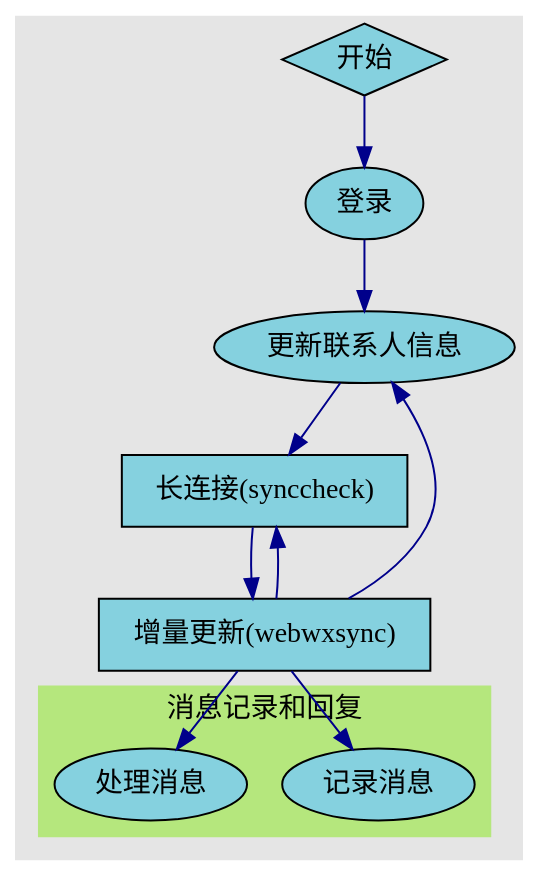
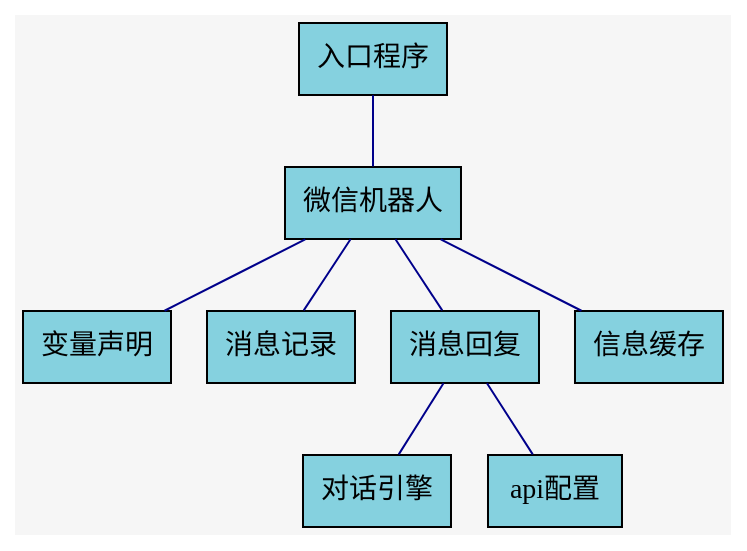
One commit to HalfdogStudio/wechat-user-bot changed the diagram in doc/robot.dot. Above: the diagram before and after it, drawn with Graphviz. The commit also changed 2 other files, not shown here.

Commit message:
add robot doc, better error handling for Error: ETIMEDOUT

```diff
--- a/doc/robot.dot
+++ b/doc/robot.dot
@@ -1,37 +1,28 @@
 # sa@linuxer.me
 # LiuYuyang
 
 
-digraph robot {
-	rankdir=TB;
-	bgcolor="#e5e5e5";
+graph robot {
+	rankdir=BT;
+	bgcolor="#f6f6f6";
 	color="#b5e77d";
 
-
 	# 样式
-	node [style=filled,color="black", fillcolor="#85d1df"];
+	node [style=filled,color="black", fillcolor="#85d1df", shape=box];
 	edge [color="darkblue", fontcolor="darkblue"];
 	style="filled";
 	fillcolor="#b5e77d";
 
-    login[label="登录"];
-    updateContact[label="更新联系人信息"];
+    webwx[label="微信机器人"];
+    dialog[label="对话引擎"];
+    global[label="变量声明"];
+	logger[label="消息记录"];
+	reply[label="消息回复"];
+	cache[label="信息缓存"];
+	apikeys[label="api配置"];
+	main[label="入口程序"];
 
-	start[label="开始", shape=diamond];
-	start -> login;
-
-	login -> updateContact;
-	updateContact -> synccheck;
-
-	synccheck[label="长连接(synccheck)", shape=box];
-	webwxsync[label="增量更新(webwxsync)", shape=box];
-	synccheck -> webwxsync -> synccheck;
-
-	webwxsync -> {updateContact, logMsg, reply};
-
-	subgraph cluster_reply {
-		label="消息记录和回复";
-		logMsg[label="记录消息"];
-		reply[label="处理消息"];
-	}
+	{logger, reply, cache, global} -- webwx;
+	webwx -- main;
+	{apikeys, dialog} -- reply;
 }
```
